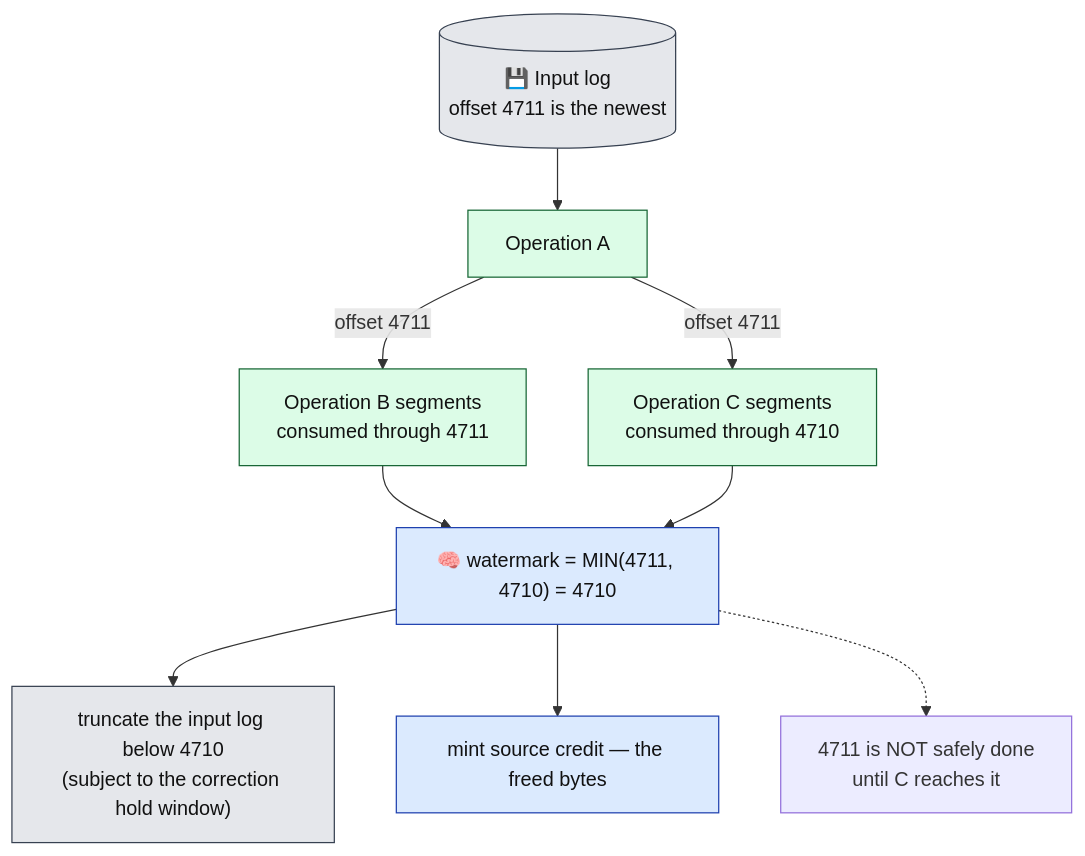
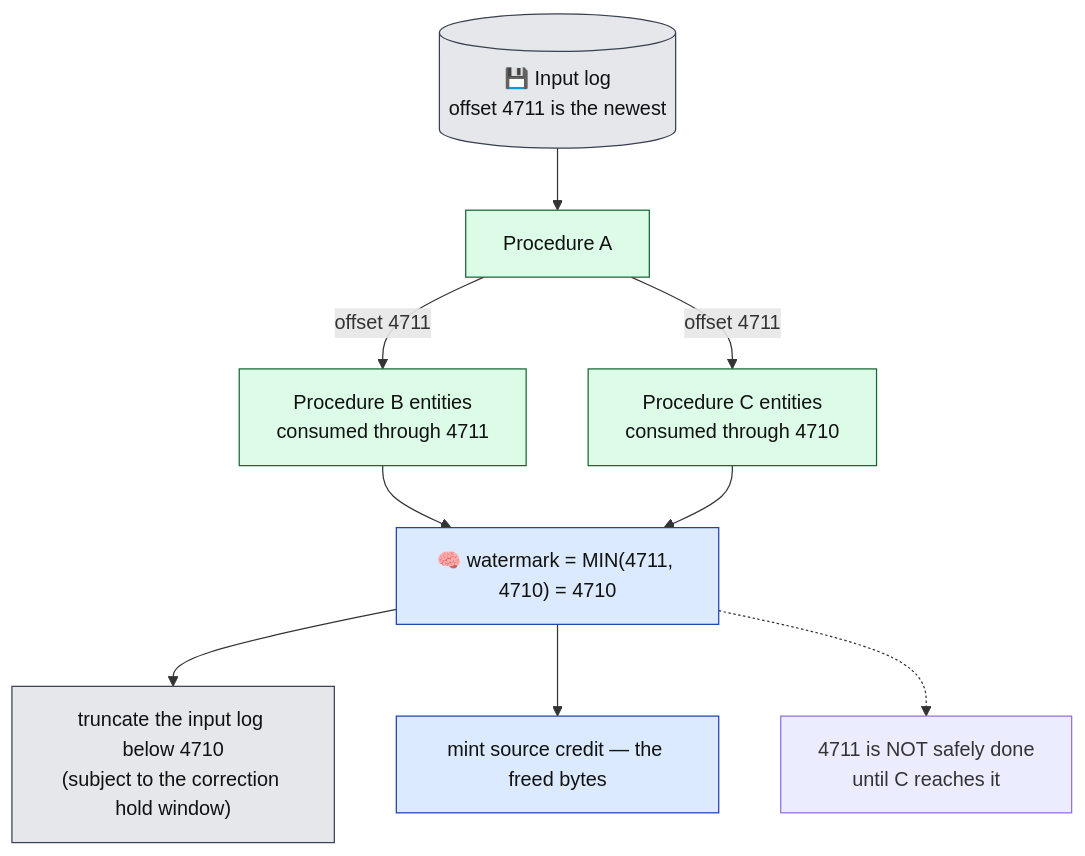
Before and after one commit to Flezha/flezha: the sixth of 16 diagrams in docs/architecture/kernel.md, drawn with Mermaid. The commit also changed other lines of this file and 658 other files, not shown here.

````diff
--- a/docs/architecture/kernel.md
+++ b/docs/architecture/kernel.md
@@ -253,24 +253,24 @@
 ```mermaid
 flowchart TB
     IN[("💾 Input log<br/>offset 4711 is the newest")]:::store
-    A["Operation A"]:::exec
-    B["Operation B segments<br/>consumed through 4711"]:::exec
-    C["Operation C segments<br/>consumed through 4710"]:::exec
+    A["Procedure A"]:::exec
+    B["Procedure B entities<br/>consumed through 4711"]:::exec
+    C["Procedure C entities<br/>consumed through 4710"]:::exec
     WM["🧠 watermark = MIN(4711, 4710) = 4710"]:::ctrl
     RET["truncate the input log below 4710<br/>(subject to the correction hold window)"]:::store
     CRED["mint source credit — the freed bytes"]:::ctrl
     NOTE["4711 is NOT safely done<br/>until C reaches it"]
 
     IN --> A
     A -->|"offset 4711"| B
     A -->|"offset 4711"| C
     B --> WM
     C --> WM
     WM --> RET
     WM --> CRED
     WM -.-> NOTE
 
     classDef ctrl fill:#dbeafe,stroke:#1e40af,color:#111
     classDef exec fill:#dcfce7,stroke:#166534,color:#111
     classDef store fill:#e5e7eb,stroke:#374151,color:#111
 ```
````
